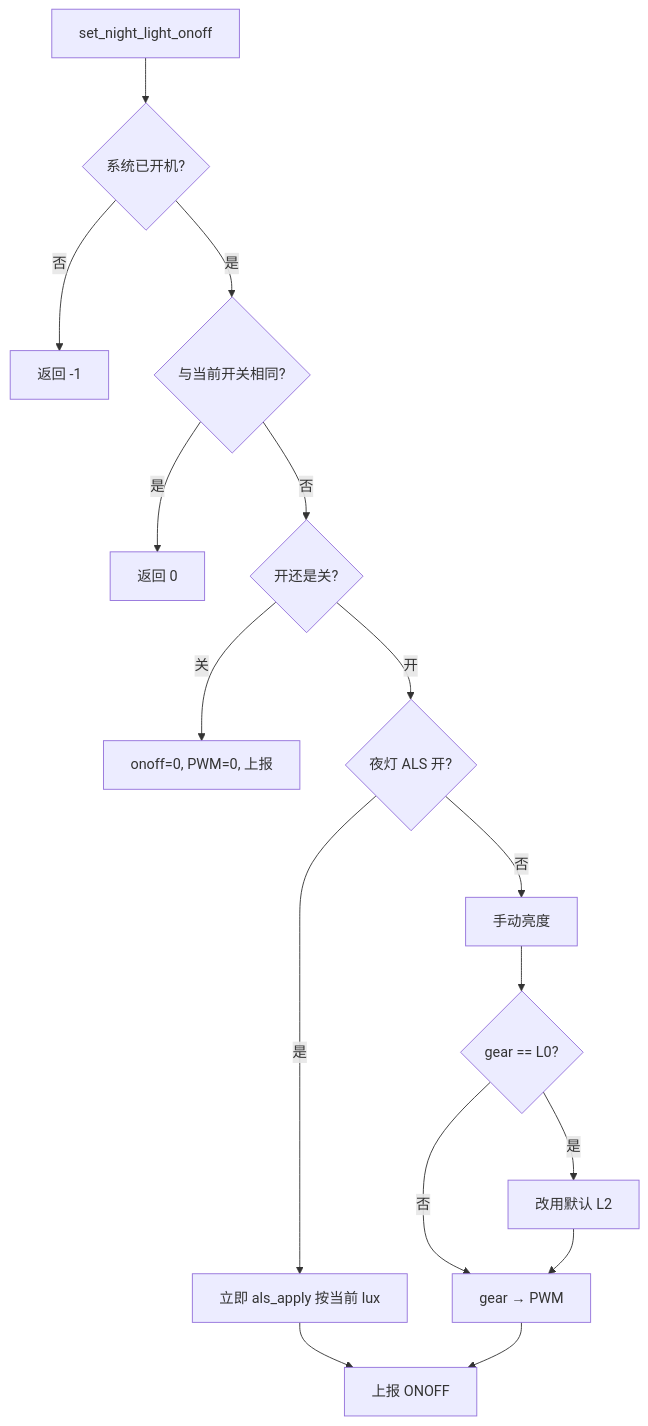
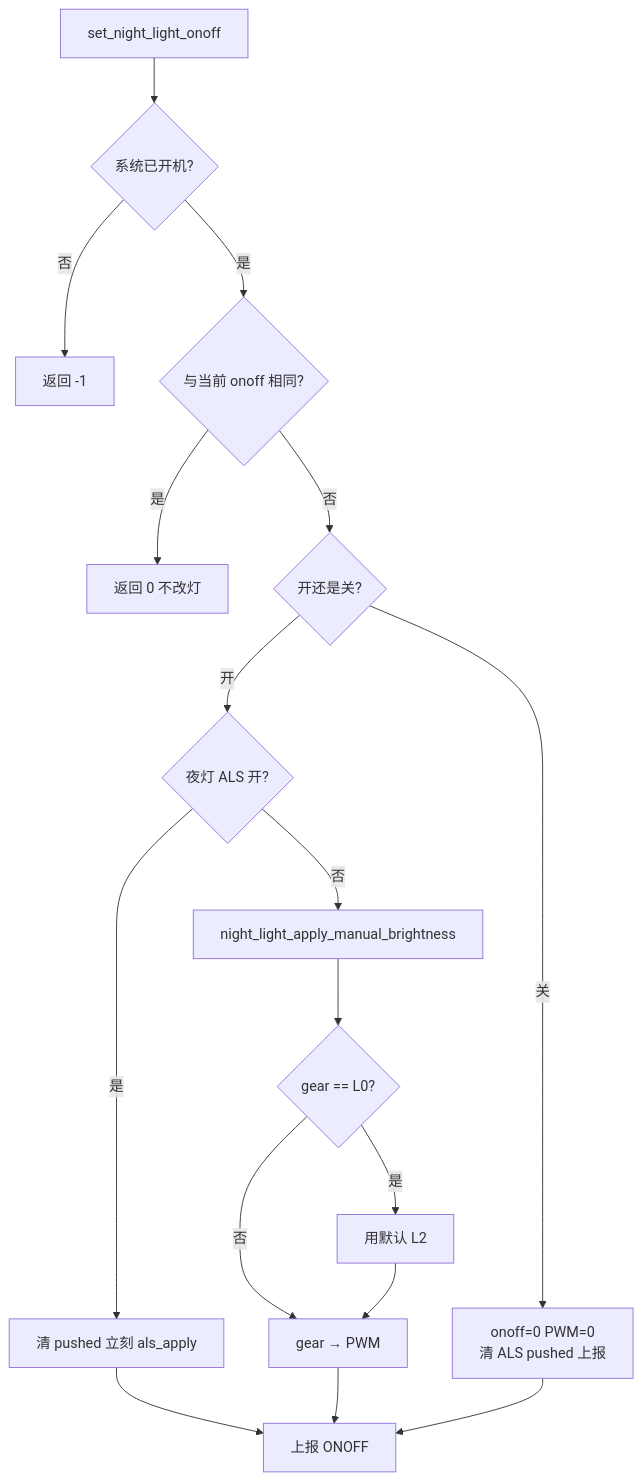
One commit to yuhuang163/pump_v3 changed diagram 13 of 20 in overlay/framework_hooks/led/灯光策略.md. Above: the diagram before and after it, drawn with Mermaid. The commit also changed other lines of this file and 5 other files, not shown here.

````diff
--- a/overlay/framework_hooks/led/灯光策略.md
+++ b/overlay/framework_hooks/led/灯光策略.md
@@ -355,18 +520,19 @@
 ```mermaid
 flowchart TD
-    ON[set_night_light_onoff] --> PWR{系统已开机?}
+    A[set_night_light_onoff] --> PWR{系统已开机?}
     PWR -->|否| FAIL[返回 -1]
-    PWR -->|是| SAME{与当前开关相同?}
-    SAME -->|是| Z[返回 0]
+    PWR -->|是| SAME{与当前 onoff 相同?}
+    SAME -->|是| Z[返回 0 不改灯]
     SAME -->|否| BR{开还是关?}
-    BR -->|关| OFF[onoff=0, PWM=0, 上报]
+    BR -->|关| OFF[onoff=0 PWM=0<br/>清 ALS pushed 上报]
     BR -->|开| ALS{夜灯 ALS 开?}
-    ALS -->|是| APPLY[立即 als_apply 按当前 lux]
-    ALS -->|否| MAN[手动亮度]
+    ALS -->|是| APPLY[清 pushed 立刻 als_apply]
+    ALS -->|否| MAN[night_light_apply_manual_brightness]
     MAN --> G{gear == L0?}
-    G -->|是| DEF[改用默认 L2]
+    G -->|是| DEF[用默认 L2]
     G -->|否| GEAR[gear → PWM]
     DEF --> GEAR
     APPLY --> RPT[上报 ONOFF]
     GEAR --> RPT
+    OFF --> RPT
 ```
````
